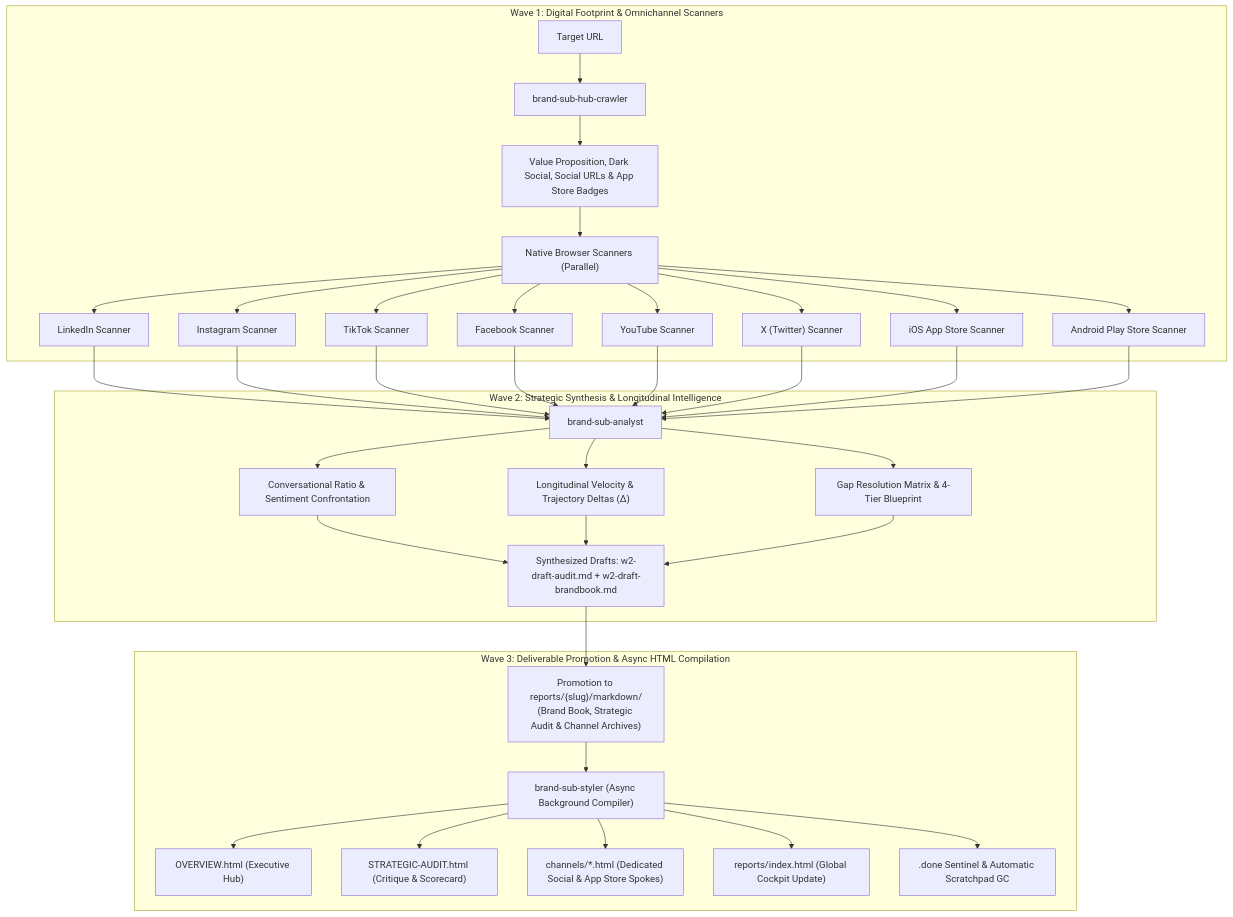
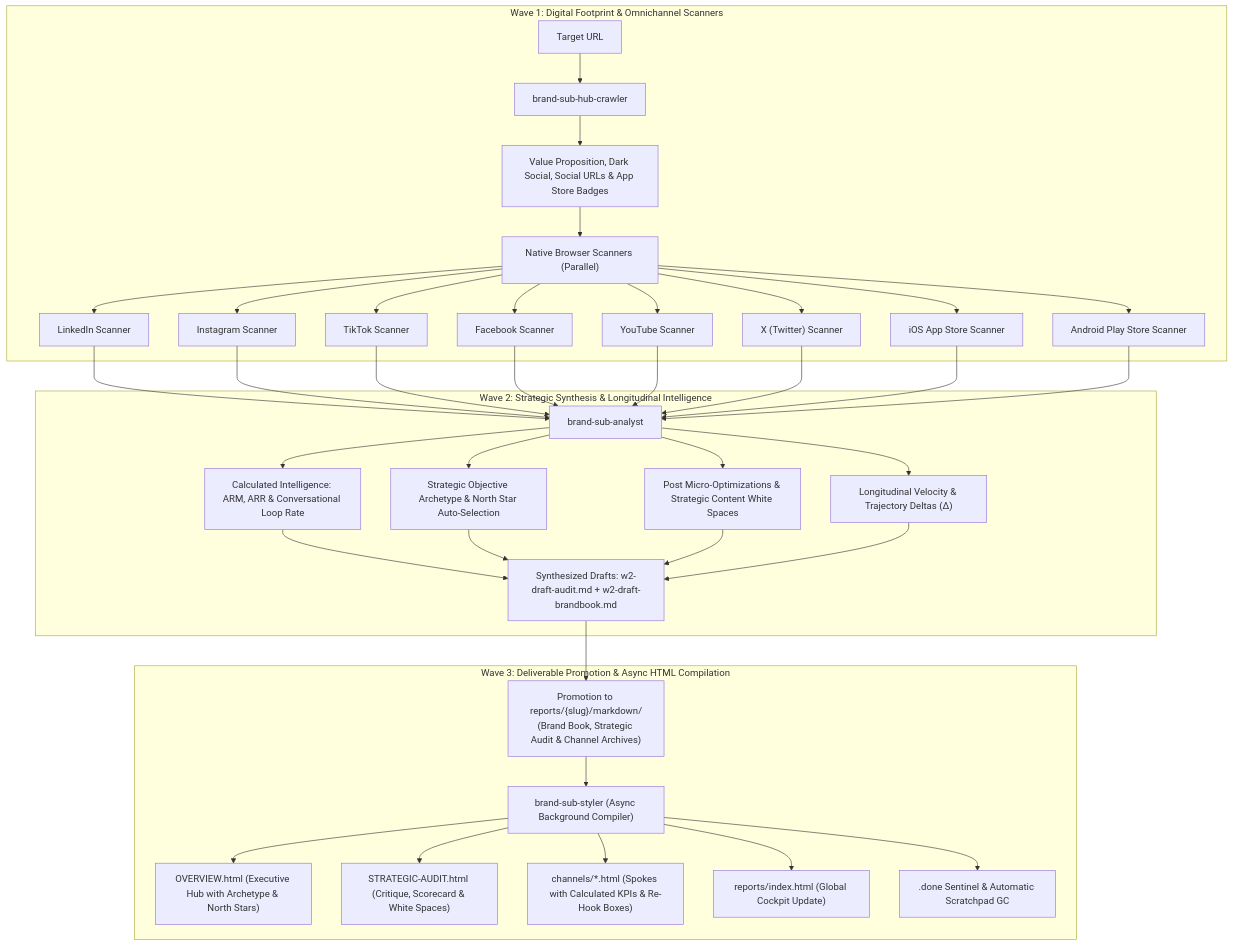
The diagram in README.md (nicolasvd/brand-agents-agy), drawn with Mermaid before and after one commit. The commit also changed other lines of this file and 17 other files, not shown here.

````diff
--- a/README.md
+++ b/README.md
@@ -46,34 +46,35 @@
 ```mermaid
 flowchart TD
     subgraph Wave1["Wave 1: Digital Footprint & Omnichannel Scanners"]
         A["Target URL"] --> B["brand-sub-hub-crawler"]
         B --> C["Value Proposition, Dark Social, Social URLs & App Store Badges"]
         C --> D["Native Browser Scanners (Parallel)"]
         D --> D1["LinkedIn Scanner"]
         D --> D2["Instagram Scanner"]
         D --> D3["TikTok Scanner"]
         D --> D4["Facebook Scanner"]
         D --> D5["YouTube Scanner"]
         D --> D6["X (Twitter) Scanner"]
         D --> D7["iOS App Store Scanner"]
         D --> D8["Android Play Store Scanner"]
     end
 
     subgraph Wave2["Wave 2: Strategic Synthesis & Longitudinal Intelligence"]
         D1 & D2 & D3 & D4 & D5 & D6 & D7 & D8 --> E["brand-sub-analyst"]
-        E --> F["Conversational Ratio & Sentiment Confrontation"]
-        E --> G["Longitudinal Velocity & Trajectory Deltas (Δ)"]
-        E --> H["Gap Resolution Matrix & 4-Tier Blueprint"]
-        F & G & H --> I["Synthesized Drafts: w2-draft-audit.md + w2-draft-brandbook.md"]
+        E --> F["Calculated Intelligence: ARM, ARR & Conversational Loop Rate"]
+        E --> G["Strategic Objective Archetype & North Star Auto-Selection"]
+        E --> H["Post Micro-Optimizations & Strategic Content White Spaces"]
+        E --> I["Longitudinal Velocity & Trajectory Deltas (Δ)"]
+        F & G & H & I --> J["Synthesized Drafts: w2-draft-audit.md + w2-draft-brandbook.md"]
     end
 
     subgraph Wave3["Wave 3: Deliverable Promotion & Async HTML Compilation"]
-        I --> J["Promotion to reports/{slug}/markdown/<br/>(Brand Book, Strategic Audit & Channel Archives)"]
-        J --> K["brand-sub-styler (Async Background Compiler)"]
-        K --> L["OVERVIEW.html (Executive Hub)"]
-        K --> M["STRATEGIC-AUDIT.html (Critique & Scorecard)"]
-        K --> N["channels/*.html (Dedicated Social & App Store Spokes)"]
-        K --> O["reports/index.html (Global Cockpit Update)"]
-        K --> P[".done Sentinel & Automatic Scratchpad GC"]
+        J --> K["Promotion to reports/{slug}/markdown/<br/>(Brand Book, Strategic Audit & Channel Archives)"]
+        K --> L["brand-sub-styler (Async Background Compiler)"]
+        L --> M["OVERVIEW.html (Executive Hub with Archetype & North Stars)"]
+        L --> N["STRATEGIC-AUDIT.html (Critique, Scorecard & White Spaces)"]
+        L --> O["channels/*.html (Spokes with Calculated KPIs & Re-Hook Boxes)"]
+        L --> P["reports/index.html (Global Cockpit Update)"]
+        L --> Q[".done Sentinel & Automatic Scratchpad GC"]
     end
 ```
````
